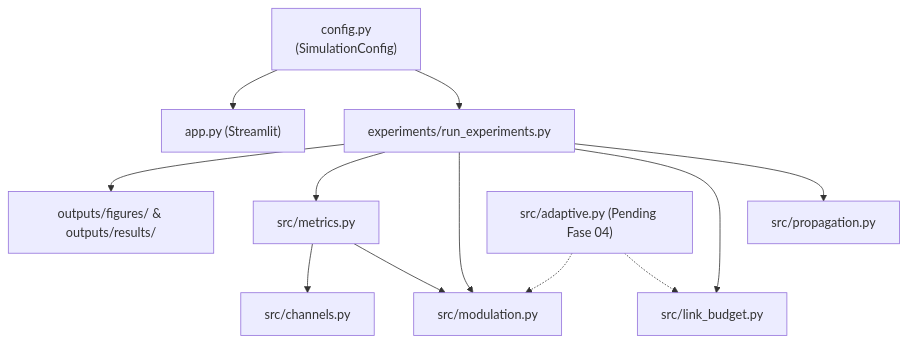
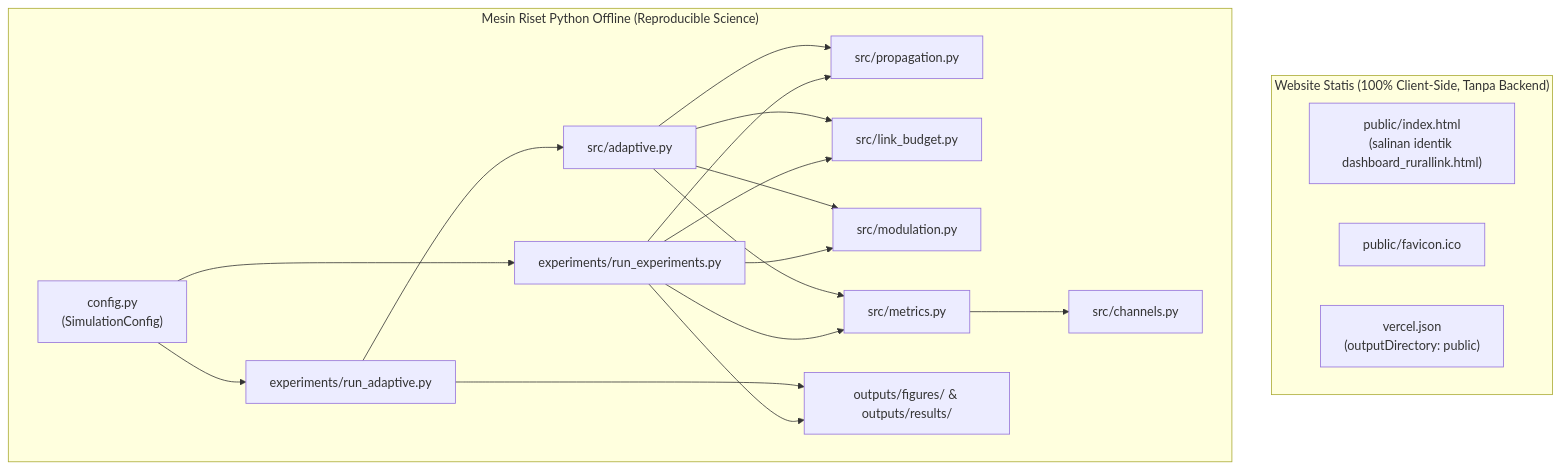
Before and after one commit to Legorvey/rural-link: the diagram in docs/ARCHITECTURE.md, drawn with Mermaid. The commit also changed other lines of this file and 15 other files, not shown here.

````diff
--- a/docs/ARCHITECTURE.md
+++ b/docs/ARCHITECTURE.md
@@ -7,14 +7,25 @@
 ```mermaid
 flowchart TD
-    CFG["config.py<br/>(SimulationConfig)"] --> EXP["experiments/run_experiments.py"]
-    CFG --> APP["app.py (Streamlit)"]
-    EXP --> PROP["src/propagation.py"]
-    EXP --> LB["src/link_budget.py"]
-    EXP --> MOD["src/modulation.py"]
-    EXP --> MET["src/metrics.py"]
-    MET --> MOD
-    MET --> CH["src/channels.py"]
-    EXP --> OUT["outputs/figures/ & outputs/results/"]
-    ADP["src/adaptive.py (Pending Fase 04)"] -.-> LB
-    ADP -.-> MOD
+    subgraph WEB["Website Statis (100% Client-Side, Tanpa Backend)"]
+        HTML["public/index.html<br/>(salinan identik dashboard_rurallink.html)"]
+        FAV["public/favicon.ico"]
+        VER["vercel.json<br/>(outputDirectory: public)"]
+    end
+
+    subgraph PY["Mesin Riset Python Offline (Reproducible Science)"]
+        CFG["config.py<br/>(SimulationConfig)"] --> EXP1["experiments/run_experiments.py"]
+        CFG --> EXP2["experiments/run_adaptive.py"]
+        EXP1 --> PROP["src/propagation.py"]
+        EXP1 --> LB["src/link_budget.py"]
+        EXP1 --> MOD["src/modulation.py"]
+        EXP1 --> MET["src/metrics.py"]
+        EXP2 --> ADP["src/adaptive.py"]
+        ADP --> PROP
+        ADP --> LB
+        ADP --> MOD
+        ADP --> MET
+        MET --> CH["src/channels.py"]
+        EXP1 --> OUT["outputs/figures/ & outputs/results/"]
+        EXP2 --> OUT
+    end
 ```
````
